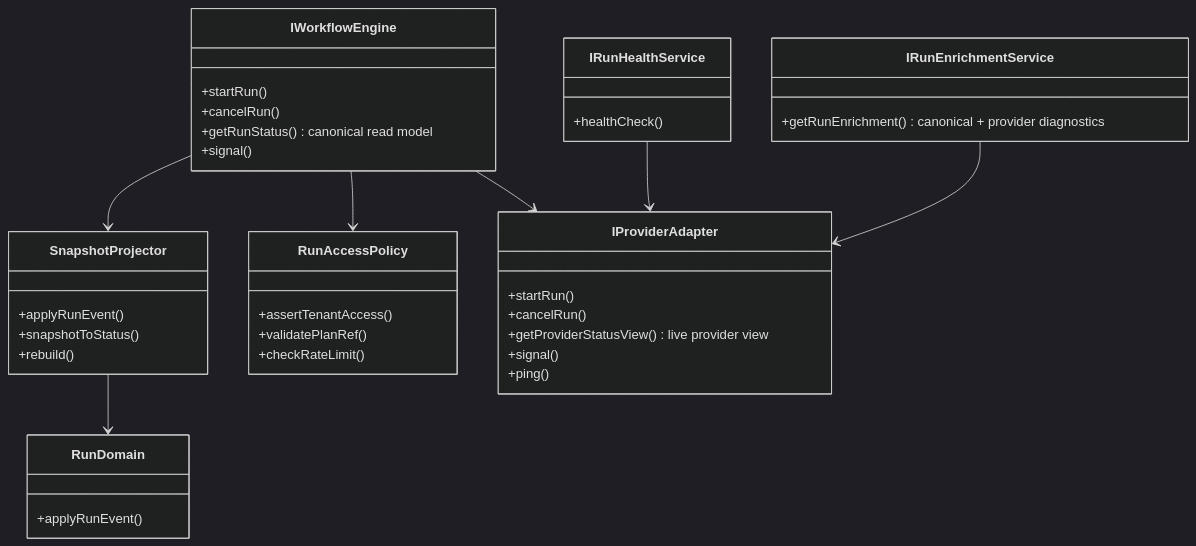
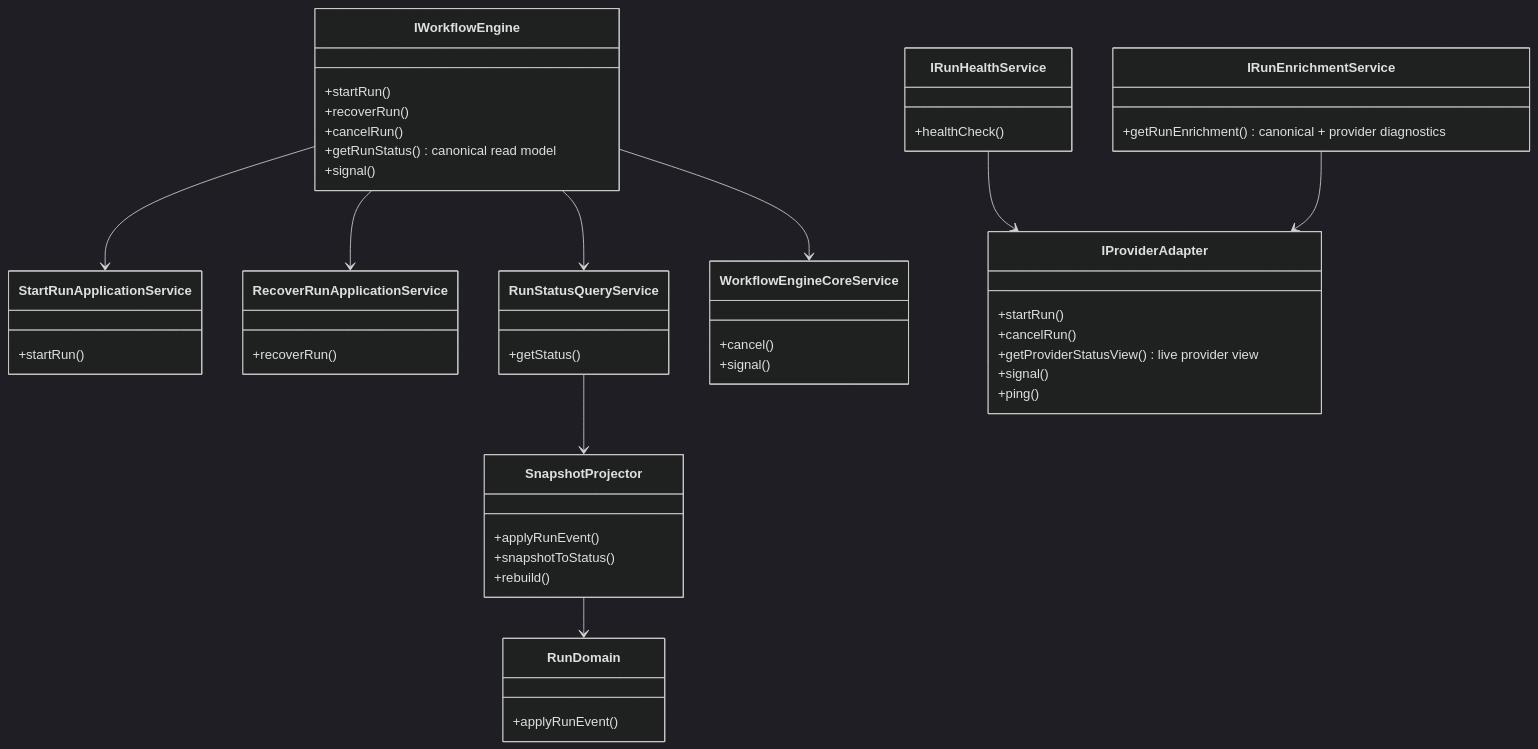
Before and after one commit to dunay2/dvt: the second of 4 diagrams in docs/architecture/system-delivery-status.md, drawn with Mermaid (dark theme). The commit also changed other lines of this file and 12 other files, not shown here.

````diff
--- a/docs/architecture/system-delivery-status.md
+++ b/docs/architecture/system-delivery-status.md
@@ -215,41 +219,52 @@
 ```mermaid
 classDiagram
     class IWorkflowEngine {
         +startRun()
+        +recoverRun()
         +cancelRun()
         +getRunStatus() canonical read model
         +signal()
     }
     class IRunHealthService {
         +healthCheck()
     }
     class IRunEnrichmentService {
         +getRunEnrichment() canonical + provider diagnostics
     }
     class SnapshotProjector {
         +applyRunEvent()
         +snapshotToStatus()
         +rebuild()
     }
-    class RunAccessPolicy {
-        +assertTenantAccess()
-        +validatePlanRef()
-        +checkRateLimit()
+    class StartRunApplicationService {
+        +startRun()
+    }
+    class RecoverRunApplicationService {
+        +recoverRun()
+    }
+    class RunStatusQueryService {
+        +getStatus()
+    }
+    class WorkflowEngineCoreService {
+        +cancel()
+        +signal()
     }
     class IProviderAdapter {
         +startRun()
         +cancelRun()
         +getProviderStatusView() live provider view
         +signal()
         +ping()
     }
     class RunDomain {
         +applyRunEvent()
     }
-    IWorkflowEngine --> SnapshotProjector
-    IWorkflowEngine --> RunAccessPolicy
-    IWorkflowEngine --> IProviderAdapter
+    IWorkflowEngine --> StartRunApplicationService
+    IWorkflowEngine --> RecoverRunApplicationService
+    IWorkflowEngine --> RunStatusQueryService
+    IWorkflowEngine --> WorkflowEngineCoreService
+    RunStatusQueryService --> SnapshotProjector
     IRunHealthService --> IProviderAdapter
     IRunEnrichmentService --> IProviderAdapter
     SnapshotProjector --> RunDomain
 ```
````
